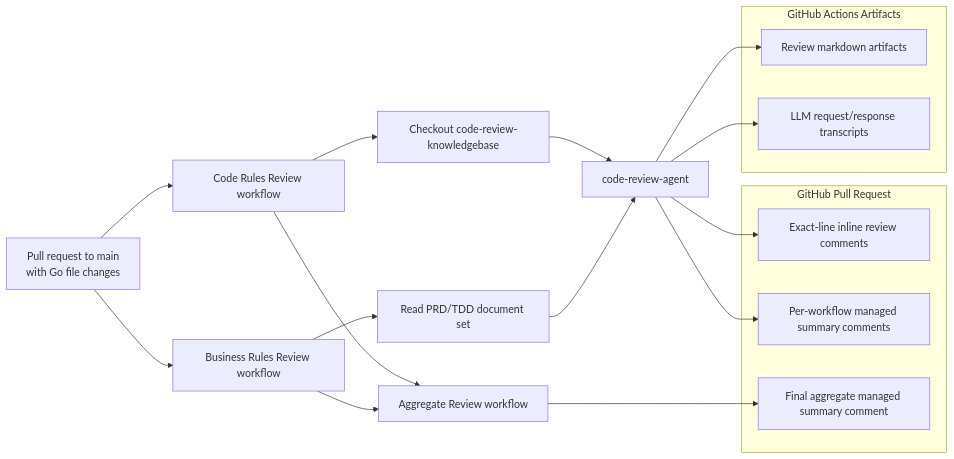
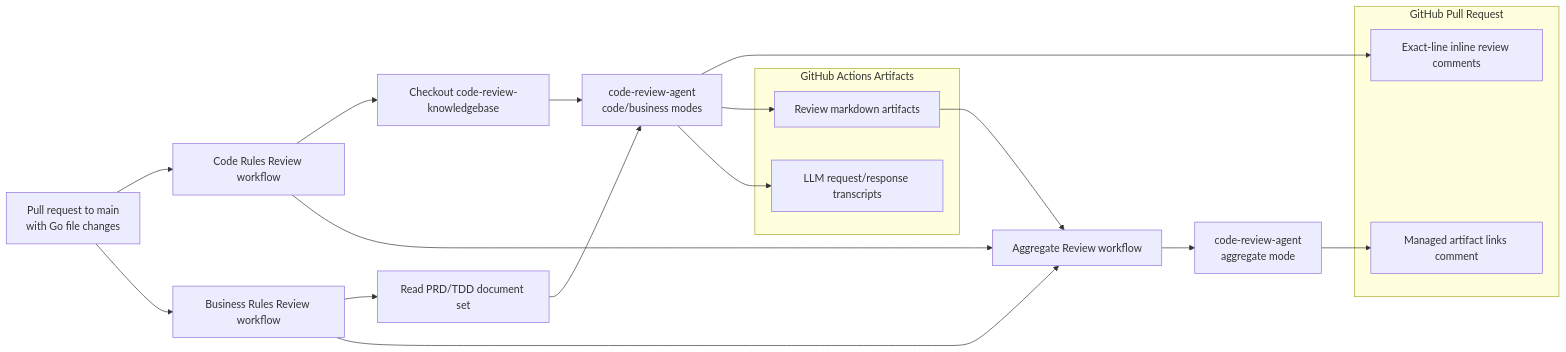
One commit to laughingkid-sg/code-review-demo changed the first of 2 diagrams in README.md. Above: the diagram before and after it, drawn with Mermaid. The commit also changed other lines of this file and 1 other file, not shown here.

Commit message:
ci: link review artifacts from aggregate (#8)

````diff
--- a/README.md
+++ b/README.md
@@ -27,28 +27,28 @@
 ```mermaid
 flowchart LR
   PR[Pull request to main<br/>with Go file changes] --> Code[Code Rules Review workflow]
   PR --> Biz[Business Rules Review workflow]
   Code --> KB[Checkout code-review-knowledgebase]
   Biz --> Docs[Read PRD/TDD document set]
-  KB --> Agent[code-review-agent]
-  Docs --> Agent
+  KB --> ReviewAgent[code-review-agent<br/>code/business modes]
+  Docs --> ReviewAgent
 
   subgraph PRSurface[GitHub Pull Request]
     Inline[Exact-line inline review comments]
-    Summary[Per-workflow managed summary comments]
-    Final[Final aggregate managed summary comment]
+    Links[Managed artifact links comment]
   end
 
   subgraph ActionSurface[GitHub Actions Artifacts]
     Artifacts[Review markdown artifacts]
     Transcripts[LLM request/response transcripts]
   end
 
-  Agent --> Inline
-  Agent --> Summary
-  Agent --> Artifacts
-  Agent --> Transcripts
+  ReviewAgent --> Inline
+  ReviewAgent --> Artifacts
+  ReviewAgent --> Transcripts
   Code --> Aggregate[Aggregate Review workflow]
   Biz --> Aggregate
-  Aggregate --> Final
+  Artifacts --> Aggregate
+  Aggregate --> AggregateAgent[code-review-agent<br/>aggregate mode]
+  AggregateAgent --> Links
 ```
````
